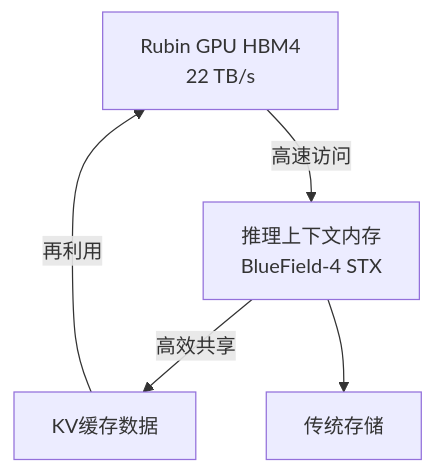
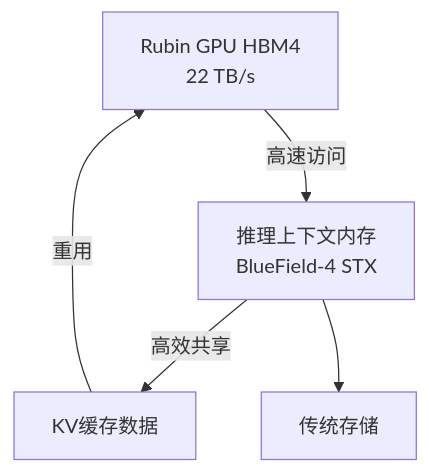
Before and after one commit to no-problem-dev/rick-brick-content: the second of 3 diagrams in articles/zh/2026-03-18-nvidia-vera-rubin-inference-infrastructure.md, drawn with Mermaid. The commit also changed other lines of this file and 126 other files, not shown here.

````diff
--- a/articles/zh/2026-03-18-nvidia-vera-rubin-inference-infrastructure.md
+++ b/articles/zh/2026-03-18-nvidia-vera-rubin-inference-infrastructure.md
@@ -152,7 +152,7 @@
 ```mermaid
 graph TD
     A[Rubin GPU HBM4<br/>22 TB/s] -->|高速访问| B[推理上下文内存<br/>BlueField-4 STX]
     B -->|高效共享| C[KV缓存数据]
     B --> D[传统存储]
-    C -->|再利用| A
+    C -->|重用| A
 ```
````
